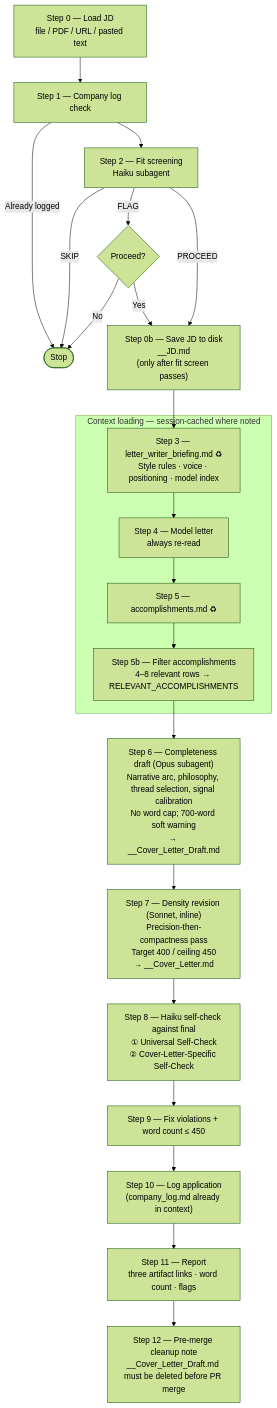
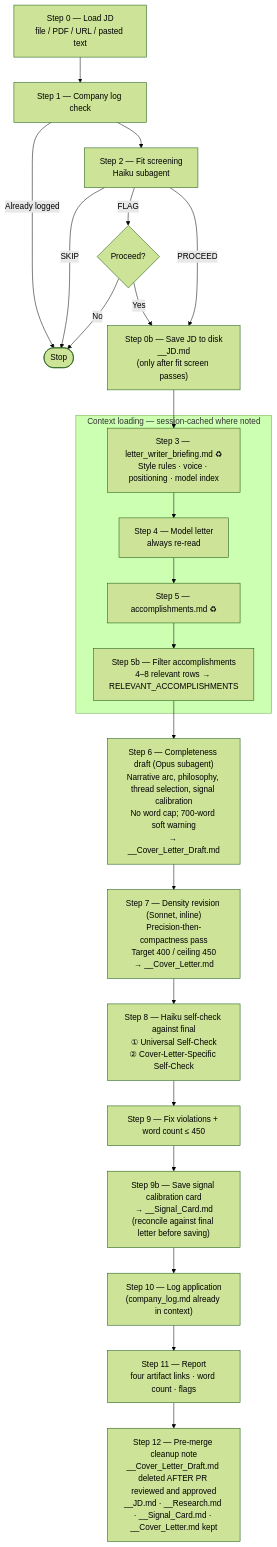
Before and after one commit to brownm09/dev-env: the diagram in claude/skills/cover-letter/WORKFLOW.md, drawn with Mermaid (forest theme). The commit also changed other lines of this file and 1 other file, not shown here.

Commit message:
feat(cover-letter): voice analysis updates, Signal Card step, cleanup timing
SKILL.md:
- Step 6 (Opus subagent): add voice calibration instruction — read model
  letter for positive moves first; guardrails are second-pass only. Add
  reader-trust principle. Update em-dash rule to match prose_style.md
  (two permitted uses, two banned uses; not "no em-dashes anywhere").
- Step 7 (Sonnet density revision): add 7-step sentence compaction
  checklist (ordered; cuts compound)
- Step 9b (new): save signal calibration card as __Signal_Card.md sidecar;
  reconcile against final letter before saving
- Step 12: cleanup timing corrected — draft deleted after PR reviewed and
  approved, not before; __Signal_Card.md added to persisted artifact list

WORKFLOW.md:
- Step 9b node added to flowchart
- Artifact lifecycle table updated: __Research.md and __Signal_Card.md
  added; draft deletion note corrected to "after review/approval"

````diff
--- a/claude/skills/cover-letter/WORKFLOW.md
+++ b/claude/skills/cover-letter/WORKFLOW.md
@@ -5,32 +5,33 @@
 ```mermaid
 flowchart TD
     S0["Step 0 — Load JD\nfile / PDF / URL / pasted text"]
     S0 --> S1["Step 1 — Company log check"]
     S1 -->|"Already logged"| STOP(["Stop"])
     S1 --> S2
 
     S2["Step 2 — Fit screening\nHaiku subagent"]
     S2 -->|"SKIP"| STOP
     S2 -->|"FLAG"| FLAG{"Proceed?"}
     FLAG -->|"No"| STOP
     FLAG -->|"Yes"| S0B
     S2 -->|"PROCEED"| S0B
     S0B["Step 0b — Save JD to disk\n__JD.md\n(only after fit screen passes)"]
     S0B --> CTX_START
 
     subgraph CTX ["Context loading — session-cached where noted"]
         CTX_START["Step 3 — letter_writer_briefing.md ♻\nStyle rules · voice · positioning · model index"]
         CTX_START --> CTX_4["Step 4 — Model letter\nalways re-read"]
         CTX_4 --> CTX_5["Step 5 — accomplishments.md ♻"]
         CTX_5 --> S5B["Step 5b — Filter accomplishments\n4–8 relevant rows → RELEVANT_ACCOMPLISHMENTS"]
     end
 
     S5B --> S6["Step 6 — Completeness draft (Opus subagent)\nNarrative arc, philosophy, thread selection, signal calibration\nNo word cap; 700-word soft warning\n→ __Cover_Letter_Draft.md"]
     S6 --> S7["Step 7 — Density revision (Sonnet, inline)\nPrecision-then-compactness pass\nTarget 400 / ceiling 450\n→ __Cover_Letter.md"]
 
     S7 --> S8["Step 8 — Haiku self-check against final\n① Universal Self-Check\n② Cover-Letter-Specific Self-Check"]
     S8 --> S9["Step 9 — Fix violations + word count ≤ 450"]
-    S9 --> S10["Step 10 — Log application\n(company_log.md already in context)"]
-    S10 --> S11["Step 11 — Report\nthree artifact links · word count · flags"]
-    S11 --> S12["Step 12 — Pre-merge cleanup note\n__Cover_Letter_Draft.md must be deleted before PR merge"]
+    S9 --> S9B["Step 9b — Save signal calibration card\n→ __Signal_Card.md\n(reconcile against final letter before saving)"]
+    S9B --> S10["Step 10 — Log application\n(company_log.md already in context)"]
+    S10 --> S11["Step 11 — Report\nfour artifact links · word count · flags"]
+    S11 --> S12["Step 12 — Pre-merge cleanup note\n__Cover_Letter_Draft.md deleted AFTER PR reviewed and approved\n__JD.md · __Research.md · __Signal_Card.md · __Cover_Letter.md kept"]
 ```
````
